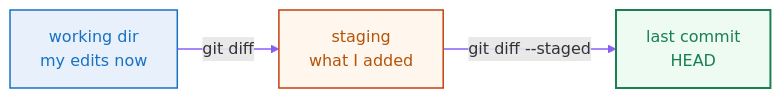
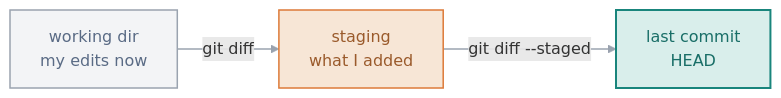
One commit to rehmanhaseeb2345-bit/Git changed the diagram in 03-inspecting-and-undoing/README.md. Above: the diagram before and after it, drawn with Mermaid. The commit also changed other lines of this file and 32 other files, not shown here.

First line of the commit message:
Restyle the whole repo: lighter personal notes + redrawn diagrams

````diff
--- a/03-inspecting-and-undoing/README.md
+++ b/03-inspecting-and-undoing/README.md
@@ -28,9 +13,9 @@
 ```mermaid
 flowchart LR
   W["working dir<br/>my edits now"] -->|git diff| S["staging<br/>what I added"]
   S -->|git diff --staged| C["last commit<br/>HEAD"]
-  style W fill:#e7f0fb,stroke:#1971c2,stroke-width:1.5px,color:#1971c2
-  style S fill:#fff7ed,stroke:#c2410c,stroke-width:1.5px,color:#b45309
-  style C fill:#edfbf3,stroke:#1a7f52,stroke-width:2px,color:#1a7f52
-  linkStyle default stroke:#8b5cf6,stroke-width:1.5px
+  style W fill:#F3F4F6,stroke:#9AA3AF,stroke-width:1.5px,color:#5A6B85
+  style S fill:#F7E6D6,stroke:#DD7A38,stroke-width:1.5px,color:#9A5A2B
+  style C fill:#D9EEEB,stroke:#19857C,stroke-width:2px,color:#196E67
+  linkStyle default stroke:#9AA3AF,stroke-width:1.5px
 ```
````
